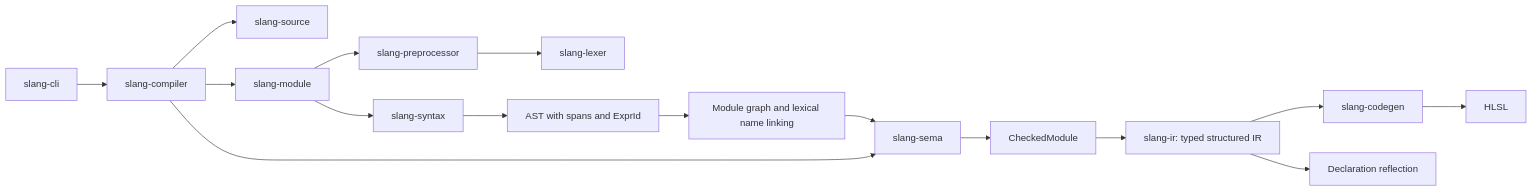
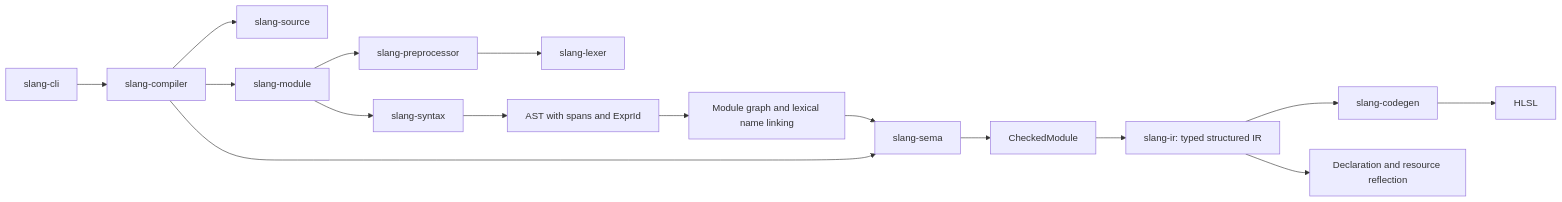
The diagram in docs/architecture.md (vexel-interactive/slang-rs), drawn with Mermaid before and after one commit. The commit also changed other lines of this file and 30 other files, not shown here.

````diff
--- a/docs/architecture.md
+++ b/docs/architecture.md
@@ -26,18 +26,18 @@
 ```mermaid
 flowchart LR
     CLI[slang-cli] --> API[slang-compiler]
     API --> Source[slang-source]
     API --> Modules[slang-module]
     Modules --> PP[slang-preprocessor]
     PP --> Lexer[slang-lexer]
     Modules --> Syntax[slang-syntax]
     Syntax --> AST[AST with spans and ExprId]
     API --> Sema[slang-sema]
     AST --> Link[Module graph and lexical name linking]
     Link --> Sema
     Sema --> Checked[CheckedModule]
     Checked --> IR[slang-ir: typed structured IR]
     IR --> Gen[slang-codegen]
     Gen --> HLSL[HLSL]
-    IR --> Reflection[Declaration reflection]
+    IR --> Reflection[Declaration and resource reflection]
 ```
````
